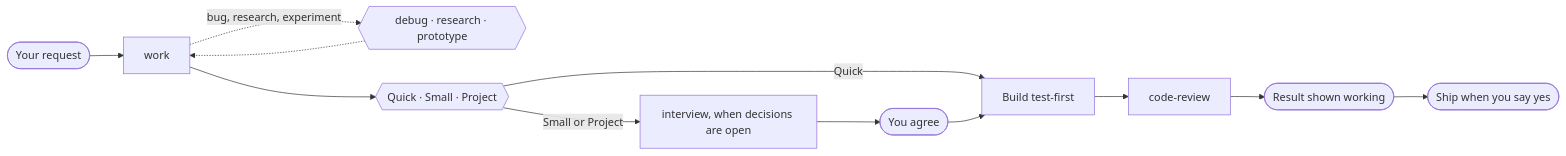
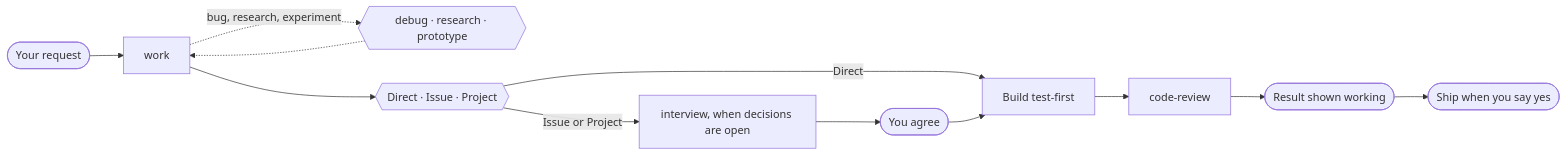
The diagram in README.md (Firzus/agent-skills), drawn with Mermaid before and after one commit. The commit also changed other lines of this file and 12 other files, not shown here.

````diff
--- a/README.md
+++ b/README.md
@@ -59,14 +59,14 @@
 ```mermaid
 flowchart LR
     request([Your request]) --> work
     work -.->|bug, research, experiment| specialist{{"debug · research · prototype"}}
     specialist -.-> work
-    work --> size{{Quick · Small · Project}}
-    size -->|Quick| build[Build test-first]
-    size -->|Small or Project| interview[interview, when decisions are open]
+    work --> size{{Direct · Issue · Project}}
+    size -->|Direct| build[Build test-first]
+    size -->|Issue or Project| interview[interview, when decisions are open]
     interview --> agree([You agree])
     agree --> build
     build --> review[code-review]
     review --> show([Result shown working])
     show --> ship([Ship when you say yes])
 ```
````
